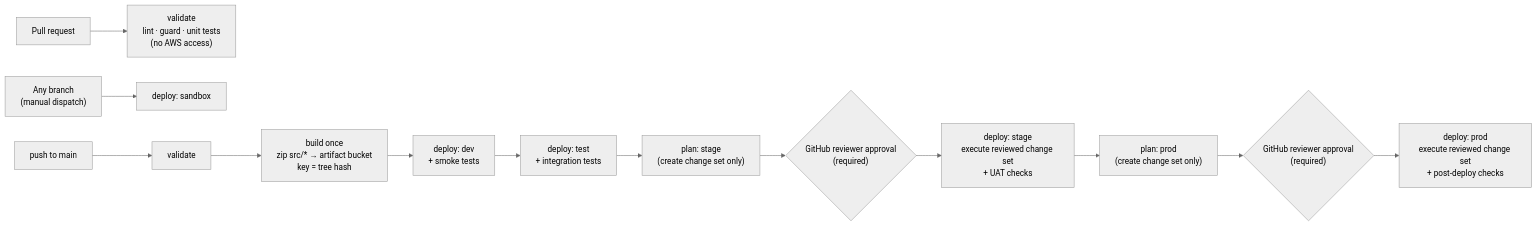
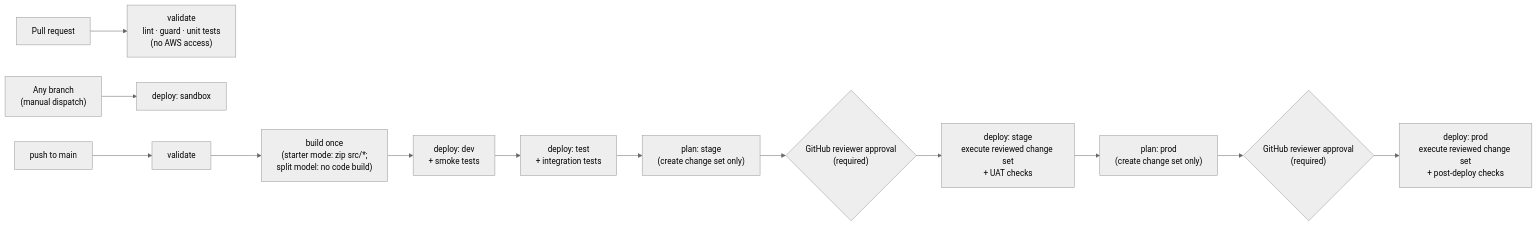
Before and after one commit to kulveersingh/CloudInfraAutomation: the ninth of 15 diagrams in docs/ARCHITECTURE.md, drawn with Mermaid (neutral theme). The commit also changed other lines of this file, not shown here.

````diff
--- a/docs/ARCHITECTURE.md
+++ b/docs/ARCHITECTURE.md
@@ -769,10 +771,10 @@
 ```mermaid
 flowchart LR
   PR["Pull request"] --> V["validate<br/>lint · guard · unit tests<br/>(no AWS access)"]
   FB["Any branch<br/>(manual dispatch)"] --> SBX["deploy: sandbox"]
-  M["push to main"] --> V2["validate"] --> BLD["build once<br/>zip src/* → artifact bucket<br/>key = tree hash"]
+  M["push to main"] --> V2["validate"] --> BLD["build once<br/>(starter mode: zip src/*;<br/>split model: no code build)"]
   BLD --> DEV["deploy: dev<br/>+ smoke tests"]
   DEV --> TEST["deploy: test<br/>+ integration tests"]
   TEST --> CSS["plan: stage<br/>(create change set only)"] --> AS{"GitHub reviewer approval<br/>(required)"} --> STG["deploy: stage<br/>execute reviewed change set<br/>+ UAT checks"]
   STG --> CSP["plan: prod<br/>(create change set only)"] --> AP{"GitHub reviewer approval<br/>(required)"} --> PRD["deploy: prod<br/>execute reviewed change set<br/>+ post-deploy checks"]
 ```
````
